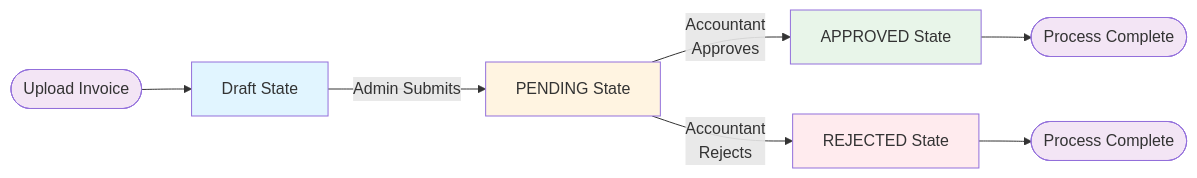
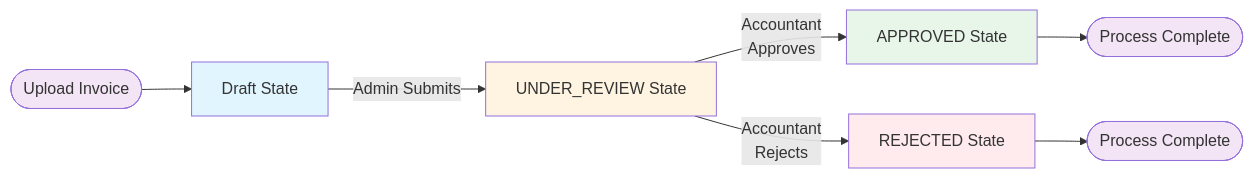
One commit to SandeepPamujula/sp-vibe changed the first of 2 diagrams in invoice-cursor/WORKFLOW.md. Above: the diagram before and after it, drawn with Mermaid. The commit also changed other lines of this file, not shown here.

````diff
--- a/invoice-cursor/WORKFLOW.md
+++ b/invoice-cursor/WORKFLOW.md
@@ -10,19 +10,19 @@
 ```mermaid
 graph LR
     Start([Upload Invoice]) --> Draft[Draft State]
-    Draft -->|Admin Submits| Pending[PENDING State]
+    Draft -->|Admin Submits| Under-Review[UNDER_REVIEW State]
     
-    Pending -->|Accountant<br/>Approves| Approved[APPROVED State]
-    Pending -->|Accountant<br/>Rejects| Rejected[REJECTED State]
+    Under-Review -->|Accountant<br/>Approves| Approved[APPROVED State]
+    Under-Review -->|Accountant<br/>Rejects| Rejected[REJECTED State]
     
     Approved --> End1([Process Complete])
     Rejected --> End2([Process Complete])
     
     style Draft fill:#e1f5ff
-    style Pending fill:#fff4e1
+    style Under-Review fill:#fff4e1
     style Approved fill:#e8f5e9
     style Rejected fill:#ffebee
     style Start fill:#f3e5f5
     style End1 fill:#f3e5f5
     style End2 fill:#f3e5f5
 ```
````
